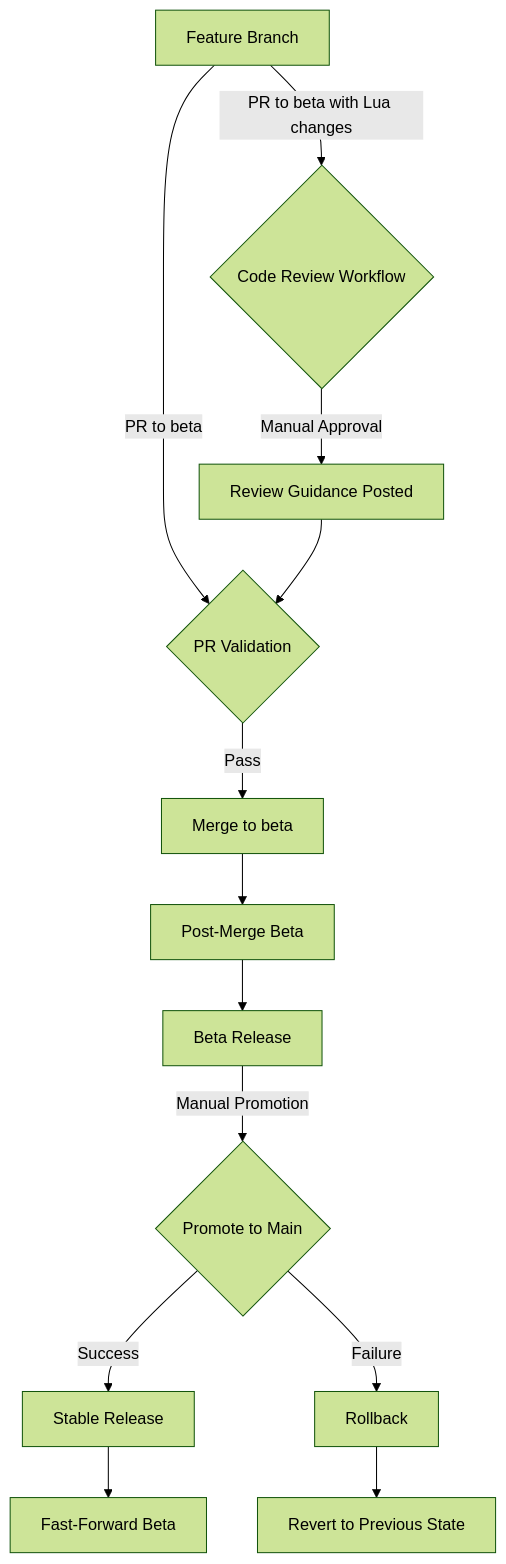
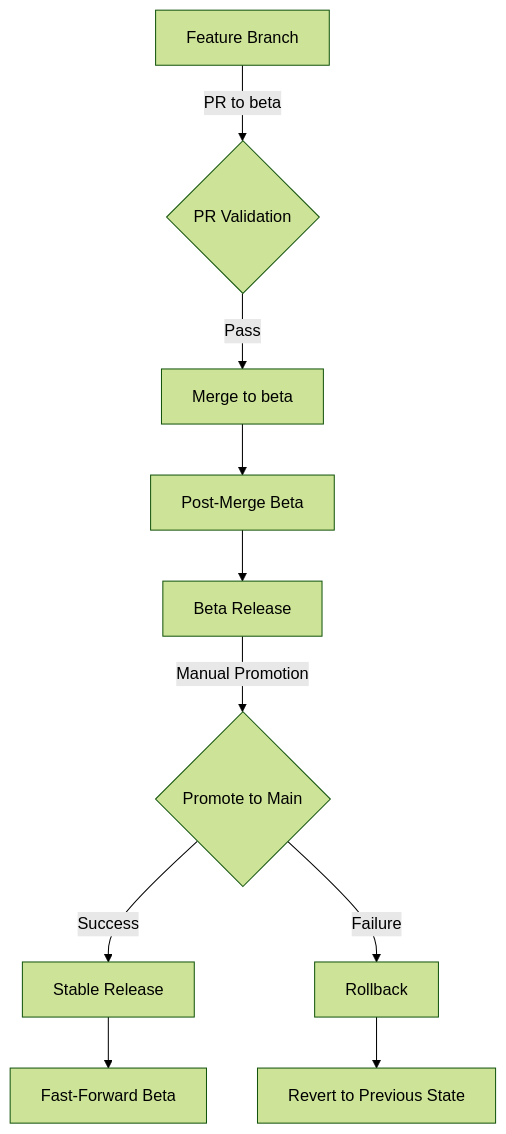
One commit to OsulivanAB/SpectrumFederation changed the first of 2 diagrams in docs/development/getting-started/workflows.md. Above: the diagram before and after it, drawn with Mermaid (forest theme). The commit also changed other lines of this file and 1 other file, not shown here.

Commit message:
refactor: Remove PR Beta Code Review workflow documentation

````diff
--- a/docs/development/getting-started/workflows.md
+++ b/docs/development/getting-started/workflows.md
@@ -7,15 +7,12 @@
 ```mermaid
 graph TB
     A[Feature Branch] -->|PR to beta| B{PR Validation}
-    A -->|PR to beta with Lua changes| B1{Code Review Workflow}
-    B1 -->|Manual Approval| B2[Review Guidance Posted]
-    B2 --> B
     B -->|Pass| C[Merge to beta]
     C --> D[Post-Merge Beta]
     D --> E[Beta Release]
     E -->|Manual Promotion| F{Promote to Main}
     F -->|Success| G[Stable Release]
     F -->|Failure| H[Rollback]
     H --> I[Revert to Previous State]
     G --> J[Fast-Forward Beta]
 ```
````
